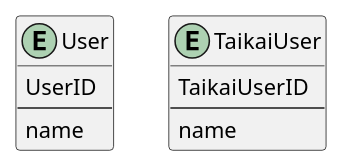
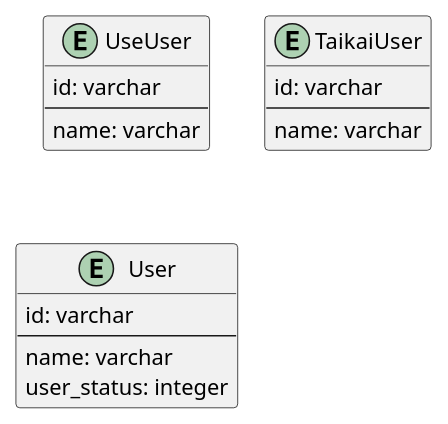
The diagram in database_design/データベース設計のアンチパターンを学ぶ7/user.pu (kyainuma/praha_challenge), drawn with PlantUML before and after one commit.

Commit message:
パターン追加

```diff
--- a/database_design/データベース設計のアンチパターンを学ぶ7/user.pu
+++ b/database_design/データベース設計のアンチパターンを学ぶ7/user.pu
@@ -1,15 +1,22 @@
 @startuml user
 
-entity User {
-  UserID
+entity UseUser {
+  id: varchar
   --
-  name
+  name: varchar
 }
 
 entity TaikaiUser {
-  TaikaiUserID
+  id: varchar
   --
-  name
+  name: varchar
+}
+
+entity User {
+  id: varchar
+  --
+  name: varchar
+  user_status: integer
 }
 
 @enduml
```
